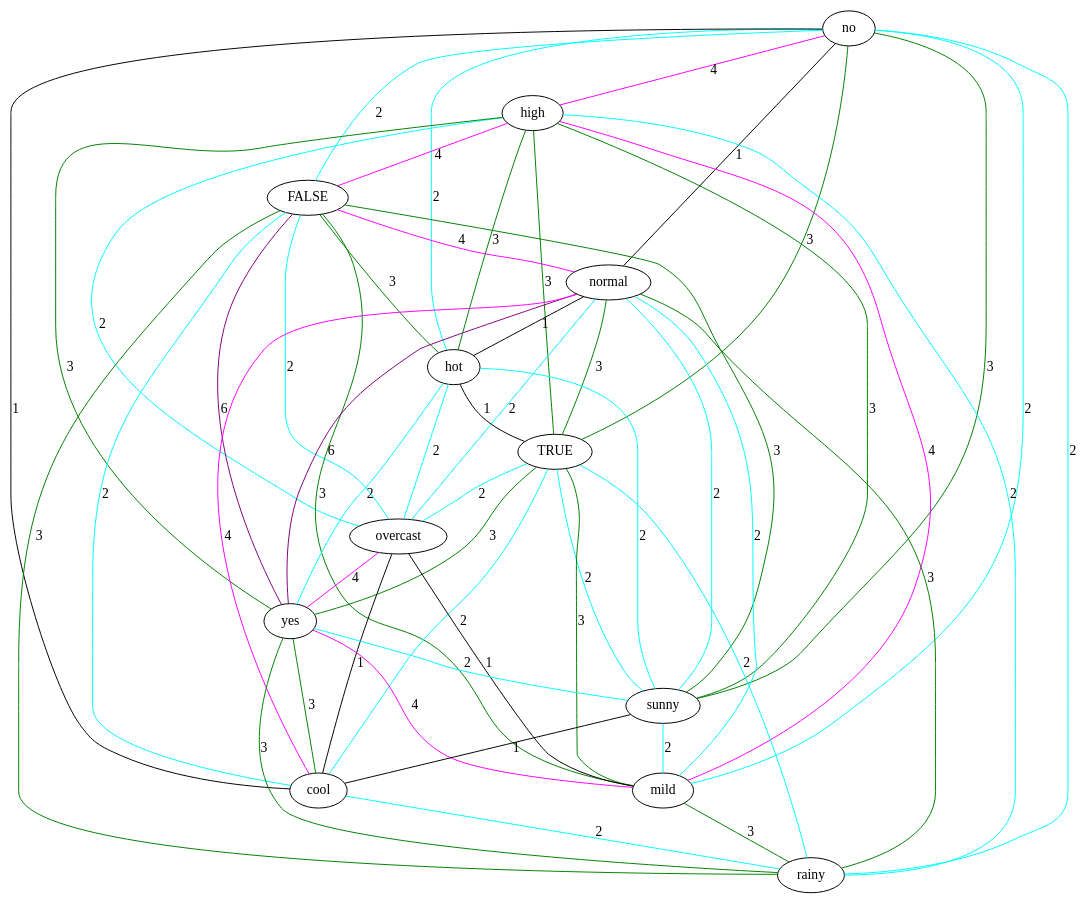
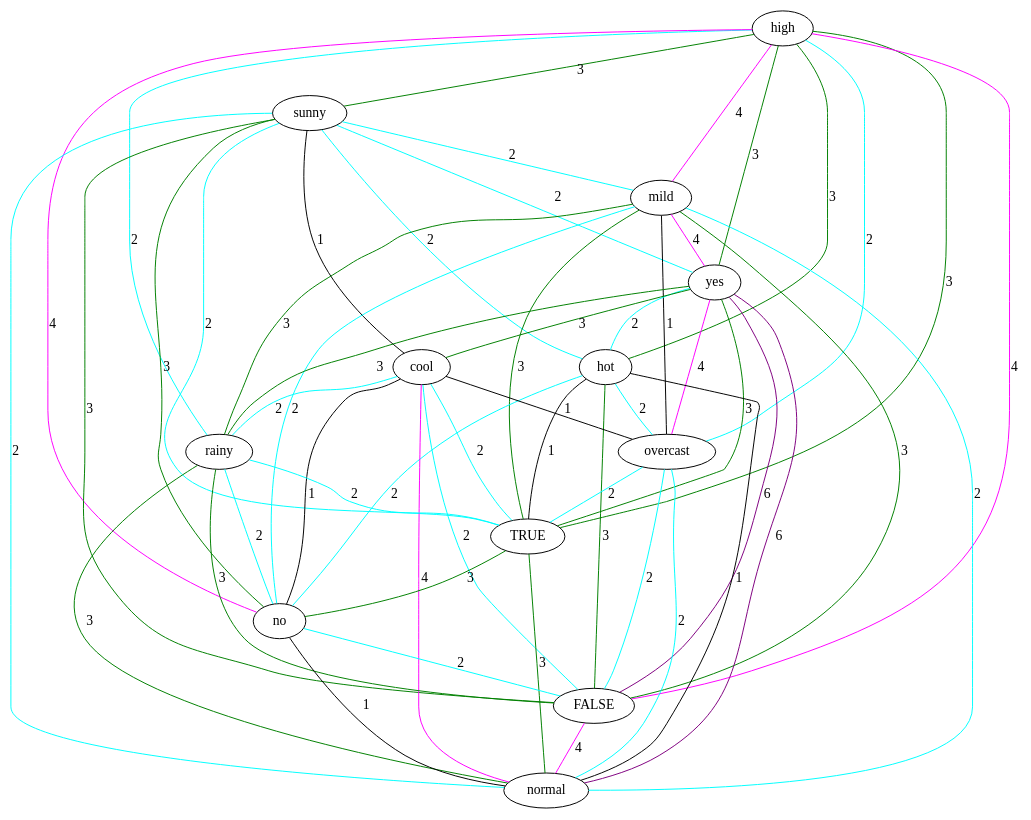
The diagram in src/final/linearGraph.dot (lrodrin/TFG), drawn with Graphviz before and after one commit. The commit also changed 5 other files, not shown here.

```diff
--- a/src/final/linearGraph.dot
+++ b/src/final/linearGraph.dot
@@ -1,68 +1,68 @@
 strict graph "" {
+high;
+sunny;
+mild;
+yes;
+hot;
+cool;
+overcast;
+rainy;
+TRUE;
 no;
-high;
 FALSE;
 normal;
-hot;
-TRUE;
-overcast;
-yes;
-sunny;
-mild;
-cool;
-rainy;
-no -- TRUE  [color=green, label=3];
-no -- sunny  [color=green, label=3];
-no -- mild  [color=cyan, label=2];
-no -- high  [color=magenta, label=4];
-no -- FALSE  [color=cyan, label=2];
-no -- cool  [color=black, label=1];
-no -- rainy  [color=cyan, label=2];
-no -- hot  [color=cyan, label=2];
-no -- normal  [color=black, label=1];
-high -- TRUE  [color=green, label=3];
+high -- rainy  [color=cyan, label=2];
+high -- yes  [color=green, label=3];
 high -- overcast  [color=cyan, label=2];
-high -- FALSE  [color=magenta, label=4];
-high -- yes  [color=green, label=3];
 high -- sunny  [color=green, label=3];
-high -- rainy  [color=cyan, label=2];
 high -- mild  [color=magenta, label=4];
 high -- hot  [color=green, label=3];
-FALSE -- overcast  [color=cyan, label=2];
-FALSE -- yes  [color=purple, label=6];
-FALSE -- sunny  [color=green, label=3];
-FALSE -- mild  [color=green, label=3];
-FALSE -- cool  [color=cyan, label=2];
-FALSE -- rainy  [color=green, label=3];
-FALSE -- hot  [color=green, label=3];
+high -- no  [color=magenta, label=4];
+high -- FALSE  [color=magenta, label=4];
+high -- TRUE  [color=green, label=3];
+sunny -- mild  [color=cyan, label=2];
+sunny -- yes  [color=cyan, label=2];
+sunny -- hot  [color=cyan, label=2];
+sunny -- no  [color=green, label=3];
+sunny -- normal  [color=cyan, label=2];
+sunny -- FALSE  [color=green, label=3];
+sunny -- cool  [color=black, label=1];
+sunny -- TRUE  [color=cyan, label=2];
+mild -- overcast  [color=black, label=1];
+mild -- TRUE  [color=green, label=3];
+mild -- yes  [color=magenta, label=4];
+mild -- rainy  [color=green, label=3];
+mild -- no  [color=cyan, label=2];
+mild -- FALSE  [color=green, label=3];
+mild -- normal  [color=cyan, label=2];
+yes -- overcast  [color=magenta, label=4];
+yes -- rainy  [color=green, label=3];
+yes -- hot  [color=cyan, label=2];
+yes -- FALSE  [color=purple, label=6];
+yes -- cool  [color=green, label=3];
+yes -- TRUE  [color=green, label=3];
+yes -- normal  [color=purple, label=6];
+hot -- overcast  [color=cyan, label=2];
+hot -- TRUE  [color=black, label=1];
+hot -- no  [color=cyan, label=2];
+hot -- FALSE  [color=green, label=3];
+hot -- normal  [color=black, label=1];
+cool -- overcast  [color=black, label=1];
+cool -- rainy  [color=cyan, label=2];
+cool -- TRUE  [color=cyan, label=2];
+cool -- no  [color=black, label=1];
+cool -- FALSE  [color=cyan, label=2];
+cool -- normal  [color=magenta, label=4];
+overcast -- TRUE  [color=cyan, label=2];
+overcast -- FALSE  [color=cyan, label=2];
+overcast -- normal  [color=cyan, label=2];
+rainy -- TRUE  [color=cyan, label=2];
+rainy -- no  [color=cyan, label=2];
+rainy -- FALSE  [color=green, label=3];
+rainy -- normal  [color=green, label=3];
+TRUE -- no  [color=green, label=3];
+TRUE -- normal  [color=green, label=3];
+no -- FALSE  [color=cyan, label=2];
+no -- normal  [color=black, label=1];
 FALSE -- normal  [color=magenta, label=4];
-normal -- TRUE  [color=green, label=3];
-normal -- overcast  [color=cyan, label=2];
-normal -- yes  [color=purple, label=6];
-normal -- sunny  [color=cyan, label=2];
-normal -- rainy  [color=green, label=3];
-normal -- cool  [color=magenta, label=4];
-normal -- mild  [color=cyan, label=2];
-normal -- hot  [color=black, label=1];
-hot -- TRUE  [color=black, label=1];
-hot -- overcast  [color=cyan, label=2];
-hot -- yes  [color=cyan, label=2];
-hot -- sunny  [color=cyan, label=2];
-TRUE -- overcast  [color=cyan, label=2];
-TRUE -- yes  [color=green, label=3];
-TRUE -- sunny  [color=cyan, label=2];
-TRUE -- mild  [color=green, label=3];
-TRUE -- rainy  [color=cyan, label=2];
-TRUE -- cool  [color=cyan, label=2];
-overcast -- yes  [color=magenta, label=4];
-overcast -- mild  [color=black, label=1];
-overcast -- cool  [color=black, label=1];
-yes -- sunny  [color=cyan, label=2];
-yes -- mild  [color=magenta, label=4];
-yes -- rainy  [color=green, label=3];
-yes -- cool  [color=green, label=3];
-sunny -- cool  [color=black, label=1];
-sunny -- mild  [color=cyan, label=2];
-mild -- rainy  [color=green, label=3];
-cool -- rainy  [color=cyan, label=2];
 }
```
